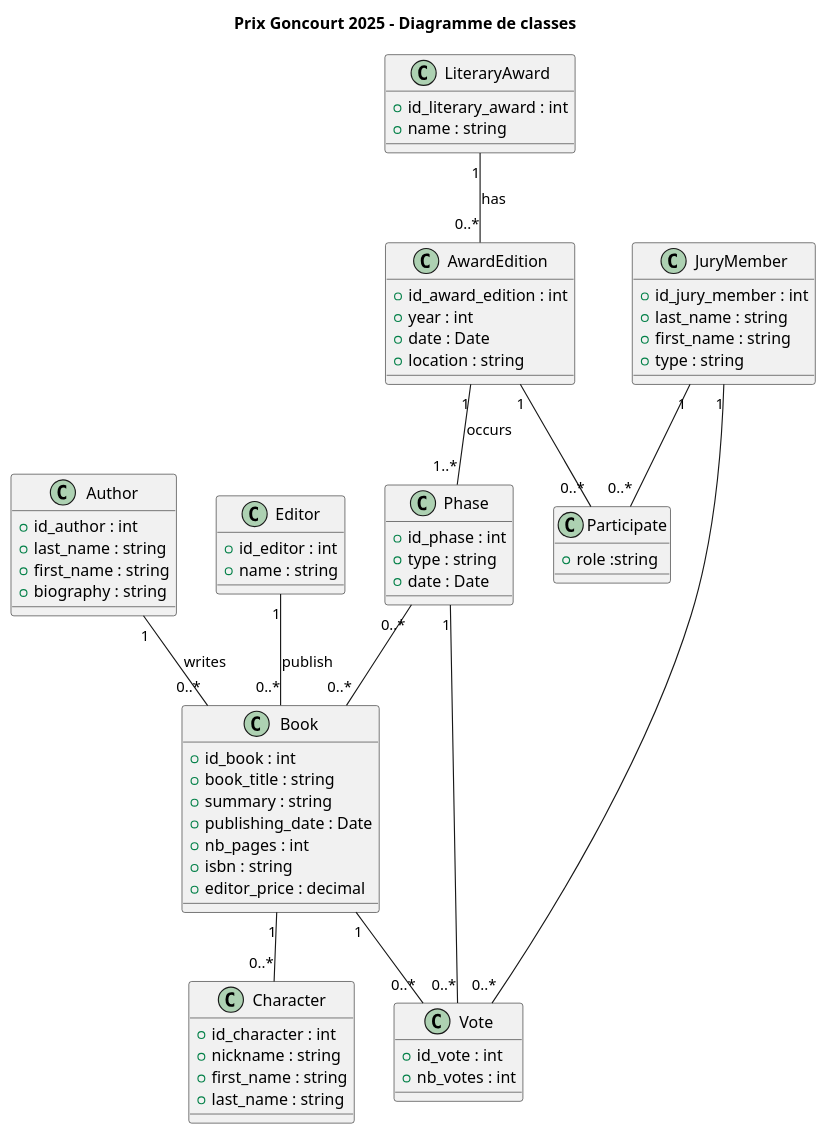
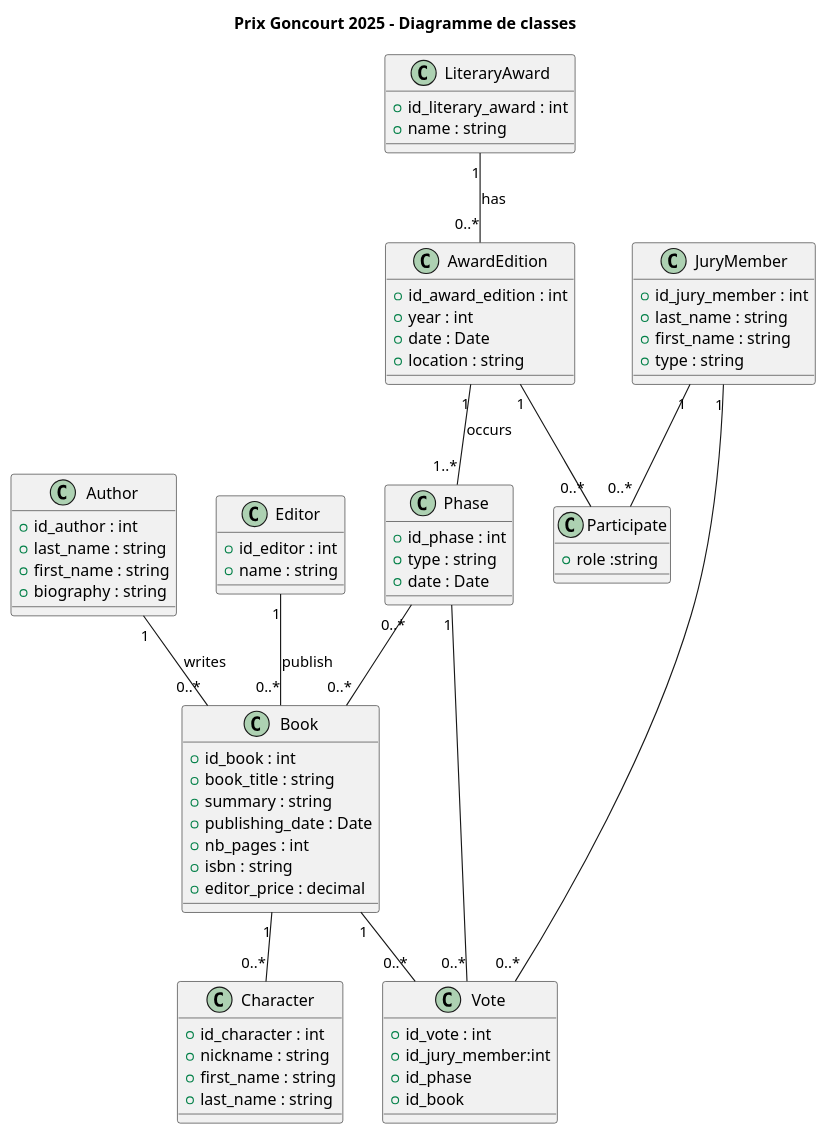
Before and after one commit to remicampistron512/goncourt-app: the diagram in docs/uml/classes.puml, drawn with PlantUML. The commit also changed 2 other files, not shown here.

```diff
--- a/docs/uml/classes.puml
+++ b/docs/uml/classes.puml
@@ -1,104 +1,106 @@
 @startuml
 title Prix Goncourt 2025 - Diagramme de classes
 
 ' ======================
 '        CLASSES
 ' ======================
 
 class Author {
   +id_author : int
   +last_name : string
   +first_name : string
   +biography : string
 }
 
 class JuryMember {
   +id_jury_member : int
   +last_name : string
   +first_name : string
   +type : string
 }
 
 class Editor {
   +id_editor : int
   +name : string
 }
 
 class LiteraryAward {
   +id_literary_award : int
   +name : string
 }
 
 class AwardEdition {
   +id_award_edition : int
   +year : int
   +date : Date
   +location : string
 }
 
 class Book {
   +id_book : int
   +book_title : string
   +summary : string
   +publishing_date : Date
   +nb_pages : int
   +isbn : string
   +editor_price : decimal
 }
 
 class Character {
   +id_character : int
   +nickname : string
   +first_name : string
   +last_name : string
 }
 
 class Phase {
   +id_phase : int
   +type : string
   +date : Date
 }
 
 class Participate {
     +role :string
 }
 
 class Vote {
   +id_vote : int
-  +nb_votes : int
+  +id_jury_member:int
+  +id_phase
+  +id_book
 }
 
 ' ======================
 '    ASSOCIATIONS
 ' ======================
 
 ' Livre – Auteur : un auteur écrit plusieurs livres
 Author "1" -- "0..*" Book : writes
 
 ' Livre – Editeur : un éditeur publie plusieurs livres
 Editor "1" -- "0..*" Book : publish
 
 ' PrixLitteraire – EditionPrix : un prix a plusieurs éditions
 LiteraryAward "1" -- "0..*" AwardEdition : has
 
 ' EditionPrix – Phase : une édition se compose de plusieurs phases
 AwardEdition "1" -- "1..*" Phase : occurs
 
 ' EditionPrix – MembreJury : participation via Participe
 JuryMember "1" -- "0..*" Participate
 AwardEdition "1" -- "0..*" Participate
 
 ' Phase – Livre : sélection des livres
 Phase "0..*" -- "0..*" Book
 
 ' Vote - comptage des votes '
 JuryMember "1" -- "0..*" Vote
 Phase "1" -- "0..*" Vote
 Book "1" -- "0..*" Vote
 
 ' Livre – Personnage : un livre a plusieurs personnages principaux
 Book "1" -- "0..*" Character
 
 
 
 @enduml
```
